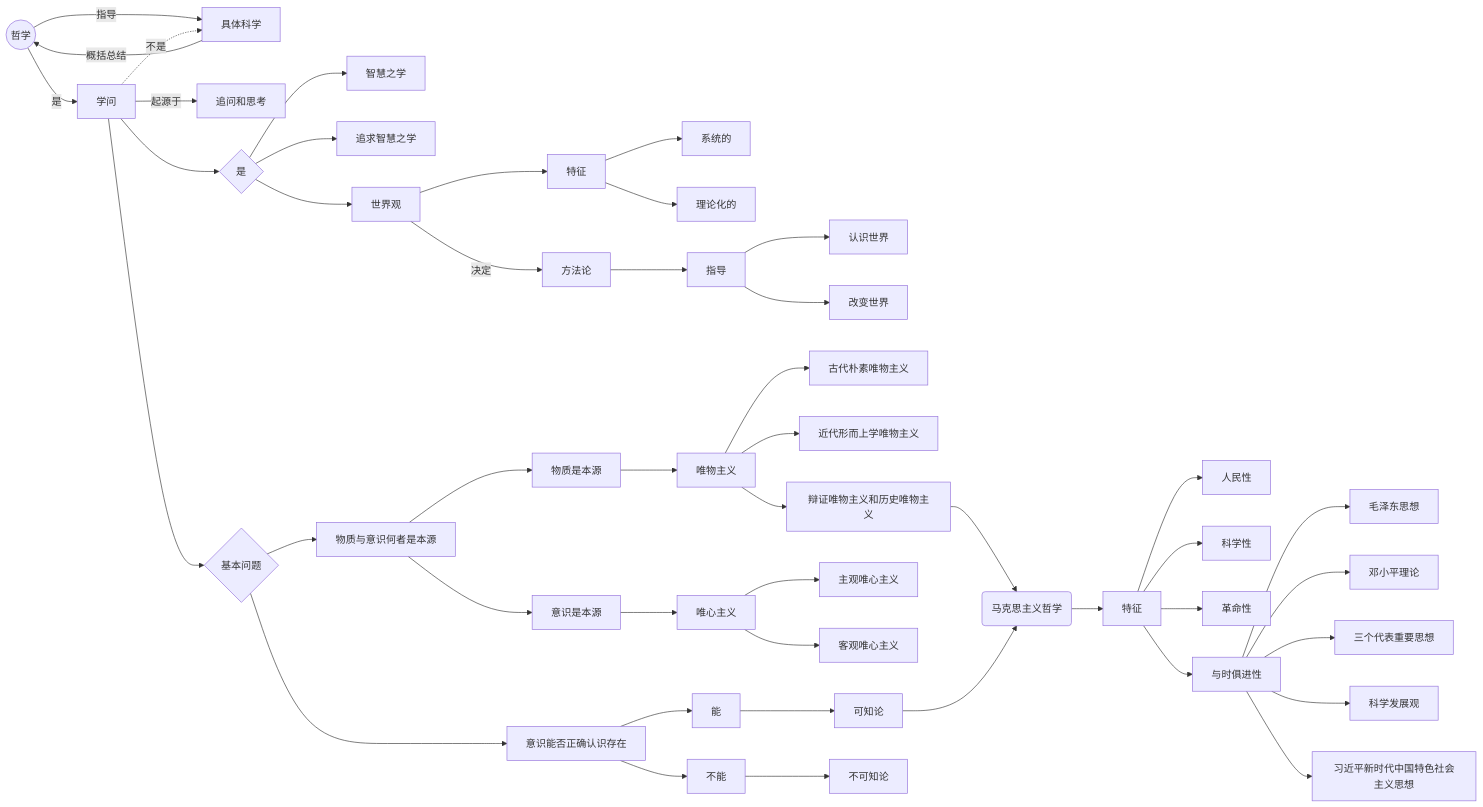
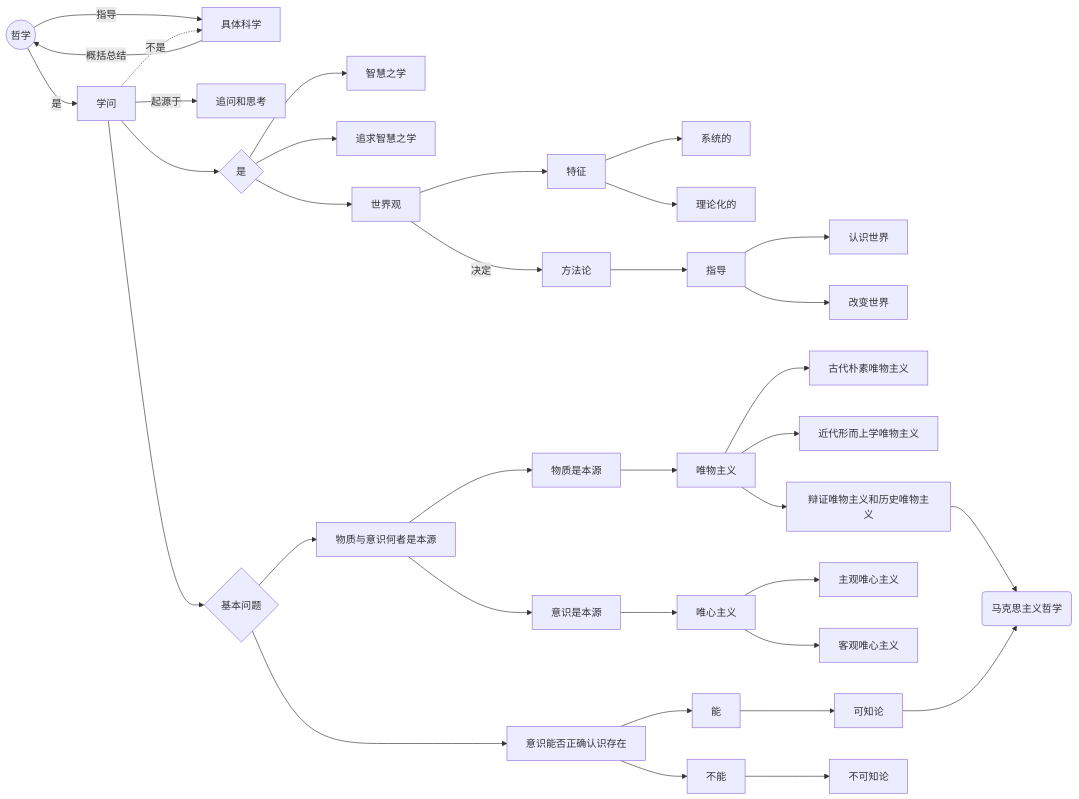
Before and after one commit to Github-DVIA/FASTlearn: the first of 6 diagrams in docs/art/pol/4.1.md, drawn with Mermaid. The commit also changed other lines of this file, not shown here.

````diff
--- a/docs/art/pol/4.1.md
+++ b/docs/art/pol/4.1.md
@@ -215,25 +215,23 @@
 ```mermaid
 graph LR
 pol((哲学)) -->|是| tech[学问]
 pol -->|指导| a
 tech -->|起源于| 追问和思考
 tech --> techis{是}
 techis --> 智慧之学 & 追求智慧之学 & worldview[世界观]
 tech -.->|不是| a[具体科学] -->|概括总结| pol
 tech --> qus{基本问题} --> source[物质与意识何者是本源] & ifknow[意识能否正确认识存在]
 worldview -->|决定| way[方法论]
 worldview --> worldt[特征] --> 系统的 & 理论化的
 way --> teach[指导] --> know[认识世界] & change[改变世界]
 source --> thing[物质是本源] & think[意识是本源]
 thing --> otg[唯物主义]
 think --> otk[唯心主义]
 otg --> otg1[古代朴素唯物主义] & otg2[近代形而上学唯物主义] & otg3[辩证唯物主义和历史唯物主义]
 otk --> 主观唯心主义 & 客观唯心主义
 otg3 --> mks(马克思主义哲学)
 ifknow --> ifknowcan[能] & ifknowcant[不能]
 ifknowcan --> ifknowcan2[可知论]
 ifknowcant --> ifknowcant2[不可知论]
 ifknowcan2 --> mks
-mks --> mkst[特征] --> people[人民性] & seci[科学性] & rev[革命性] & ftime[与时俱进性]
-ftime --> 毛泽东思想 & 邓小平理论 & 三个代表重要思想 & 科学发展观 & 习近平新时代中国特色社会主义思想
 ```
````
